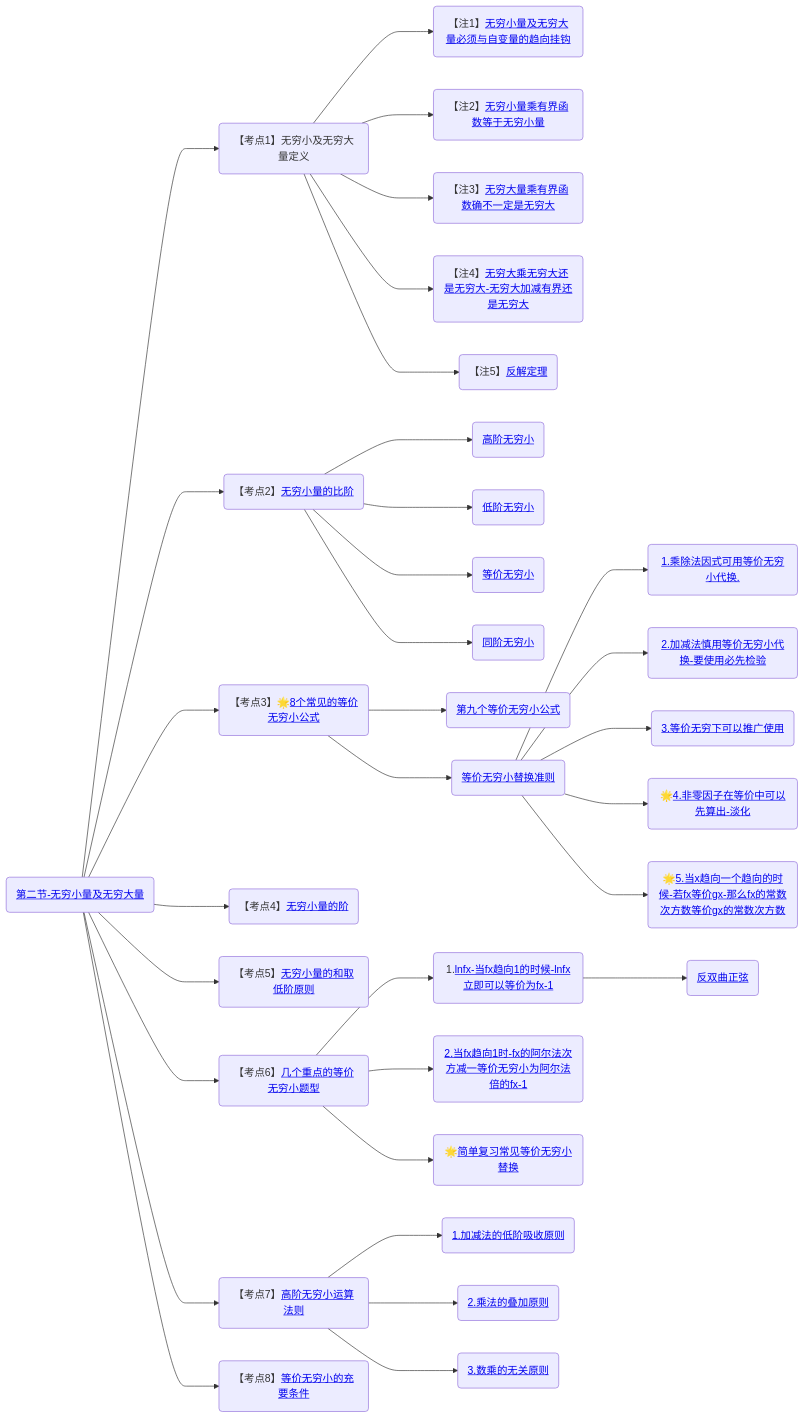
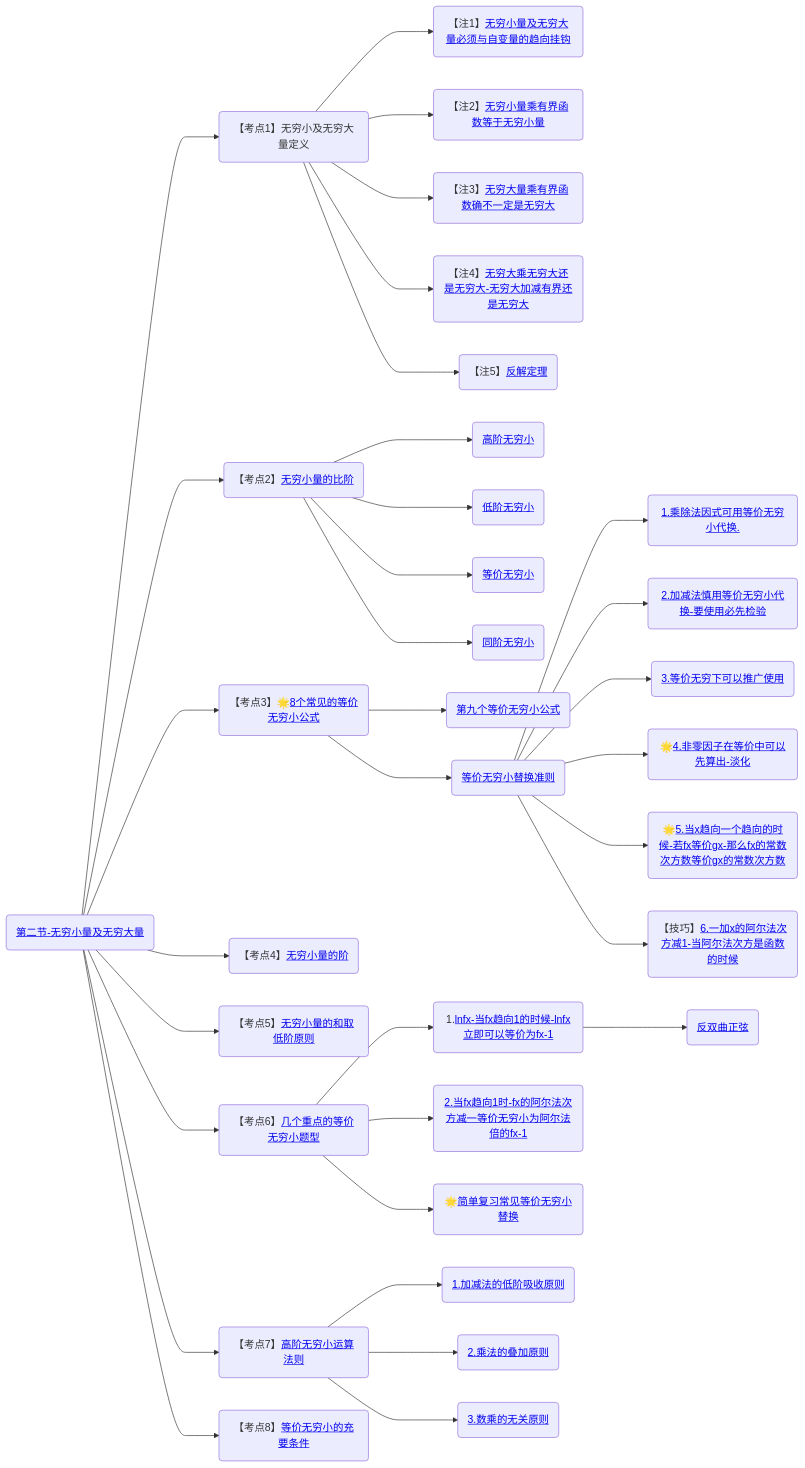
One commit to yuebinghui/note changed the second of 5 diagrams in 笔记/数学/周洋鑫/01.基础班思维导图.md. Above: the diagram before and after it, drawn with Mermaid. The commit also changed 4 other files, not shown here.

````diff
--- a/笔记/数学/周洋鑫/01.基础班思维导图.md
+++ b/笔记/数学/周洋鑫/01.基础班思维导图.md
@@ -41,47 +41,48 @@
 ```mermaid
 graph LR
 
 第二节-无穷小量及无穷大量(<a href="/Users/yuebinghui/Documents/program/github/note/笔记/数学/周洋鑫/基础班/02.无穷小量及无穷大量.md#第二节-无穷小量及无穷大量">第二节-无穷小量及无穷大量</>)
 
 第二节-无穷小量及无穷大量--->无穷小及无穷大量定义(【考点1】无穷小及无穷大量定义)
 
 无穷小及无穷大量定义--->无穷小量及无穷大量必须与自变量的趋向挂钩(【注1】<a href="/Users/yuebinghui/Documents/program/github/note/笔记/数学/周洋鑫/基础班/02.无穷小量及无穷大量.md#无穷小量及无穷大量必须与自变量的趋向挂钩">无穷小量及无穷大量必须与自变量的趋向挂钩</>)
 无穷小及无穷大量定义--->无穷小量乘有界函数等于无穷小量(【注2】<a href="/Users/yuebinghui/Documents/program/github/note/笔记/数学/周洋鑫/基础班/02.无穷小量及无穷大量.md#无穷小量乘有界函数等于无穷小量">无穷小量乘有界函数等于无穷小量</>)
 无穷小及无穷大量定义--->无穷大量乘有界函数确不一定是无穷大(【注3】<a href="/Users/yuebinghui/Documents/program/github/note/笔记/数学/周洋鑫/基础班/02.无穷小量及无穷大量.md#无穷大量乘有界函数确不一定是无穷大">无穷大量乘有界函数确不一定是无穷大</>)
 无穷小及无穷大量定义--->无穷大乘无穷大还是无穷大-无穷大加减有界还是无穷大(【注4】<a href="/Users/yuebinghui/Documents/program/github/note/笔记/数学/周洋鑫/基础班/02.无穷小量及无穷大量.md#无穷大乘无穷大还是无穷大-无穷大加减有界还是无穷大">无穷大乘无穷大还是无穷大-无穷大加减有界还是无穷大</>)
 无穷小及无穷大量定义--->反解定理(【注5】<a href="/Users/yuebinghui/Documents/program/github/note/笔记/数学/周洋鑫/基础班/02.无穷小量及无穷大量.md#反解定理">反解定理</>)
 
 第二节-无穷小量及无穷大量--->无穷小量的比阶(【考点2】<a href="/Users/yuebinghui/Documents/program/github/note/笔记/数学/周洋鑫/基础班/02.无穷小量及无穷大量.md#无穷小量的比阶">无穷小量的比阶</>)
 无穷小量的比阶--->高阶无穷小(<a href="/Users/yuebinghui/Documents/program/github/note/笔记/数学/周洋鑫/基础班/02.无穷小量及无穷大量.md#高阶无穷小">高阶无穷小</>)
 无穷小量的比阶--->低阶无穷小(<a href="/Users/yuebinghui/Documents/program/github/note/笔记/数学/周洋鑫/基础班/02.无穷小量及无穷大量.md#低阶无穷小">低阶无穷小</>)
 无穷小量的比阶--->等价无穷小(<a href="/Users/yuebinghui/Documents/program/github/note/笔记/数学/周洋鑫/基础班/02.无穷小量及无穷大量.md#等价无穷小">等价无穷小</>)
 无穷小量的比阶--->同阶无穷小(<a href="/Users/yuebinghui/Documents/program/github/note/笔记/数学/周洋鑫/基础班/02.无穷小量及无穷大量.md#同阶无穷小">同阶无穷小</>)
 
 第二节-无穷小量及无穷大量--->8个常见的等价无穷小公式(【考点3】🌟<a href="/Users/yuebinghui/Documents/program/github/note/笔记/数学/周洋鑫/基础班/02.无穷小量及无穷大量.md#8个常见的等价无穷小公式">8个常见的等价无穷小公式</>)
 8个常见的等价无穷小公式--->第九个等价无穷小公式(<a href="/Users/yuebinghui/Documents/program/github/note/笔记/数学/周洋鑫/基础班/02.无穷小量及无穷大量.md#第九个等价无穷小公式">第九个等价无穷小公式</>)
 8个常见的等价无穷小公式--->等价无穷小替换准则(<a href="/Users/yuebinghui/Documents/program/github/note/笔记/数学/周洋鑫/基础班/02.无穷小量及无穷大量.md#等价无穷小替换准则">等价无穷小替换准则</>)
 等价无穷小替换准则--->1.乘除法因式可用等价无穷小代换.(<a href="/Users/yuebinghui/Documents/program/github/note/笔记/数学/周洋鑫/基础班/02.无穷小量及无穷大量.md#1.乘除法因式可用等价无穷小代换.">1.乘除法因式可用等价无穷小代换.</>)
 等价无穷小替换准则--->2.加减法慎用等价无穷小代换-要使用必先检验(<a href="/Users/yuebinghui/Documents/program/github/note/笔记/数学/周洋鑫/基础班/02.无穷小量及无穷大量.md#2.加减法慎用等价无穷小代换-要使用必先检验">2.加减法慎用等价无穷小代换-要使用必先检验</>)
 等价无穷小替换准则--->3.等价无穷下可以推广使用(<a href="/Users/yuebinghui/Documents/program/github/note/笔记/数学/周洋鑫/基础班/02.无穷小量及无穷大量.md#3.等价无穷下可以推广使用">3.等价无穷下可以推广使用</>)
 等价无穷小替换准则--->4.非零因子在等价中可以先算出-淡化(🌟<a href="/Users/yuebinghui/Documents/program/github/note/笔记/数学/周洋鑫/基础班/02.无穷小量及无穷大量.md#4.非零因子在等价中可以先算出-淡化">4.非零因子在等价中可以先算出-淡化</>)
 等价无穷小替换准则--->5.当x趋向一个趋向的时候-若fx等价gx-那么fx的常数次方数等价gx的常数次方数(🌟<a href="/Users/yuebinghui/Documents/program/github/note/笔记/数学/周洋鑫/基础班/02.无穷小量及无穷大量.md#5.当x趋向一个趋向的时候-若fx等价gx-那么fx的常数次方数等价gx的常数次方数">5.当x趋向一个趋向的时候-若fx等价gx-那么fx的常数次方数等价gx的常数次方数</>)
+等价无穷小替换准则--->1加x的阿尔法次方减1-当阿尔法次方是函数的时候(【技巧】<a href="/Users/yuebinghui/Documents/program/github/note/笔记/数学/周洋鑫/基础班/02.无穷小量及无穷大量.md#1加x的阿尔法次方减1-当阿尔法次方是函数的时候">6.一加x的阿尔法次方减1-当阿尔法次方是函数的时候</>)
 
 
 第二节-无穷小量及无穷大量--->无穷小量的阶(【考点4】<a href="/Users/yuebinghui/Documents/program/github/note/笔记/数学/周洋鑫/基础班/02.无穷小量及无穷大量.md#无穷小量的阶">无穷小量的阶</>)
 
 第二节-无穷小量及无穷大量--->无穷小量的和取低阶原则(【考点5】<a href="/Users/yuebinghui/Documents/program/github/note/笔记/数学/周洋鑫/基础班/02.无穷小量及无穷大量.md#无穷小量的和取低阶原则">无穷小量的和取低阶原则</>)
 
 第二节-无穷小量及无穷大量--->几个重点的等价无穷小题型(【考点6】<a href="/Users/yuebinghui/Documents/program/github/note/笔记/数学/周洋鑫/基础班/02.无穷小量及无穷大量.md#几个重点的等价无穷小题型">几个重点的等价无穷小题型</>)
 几个重点的等价无穷小题型--->lnfx-当fx趋向1的时候-lnfx立即可以等价为fx-1(1.<a href="/Users/yuebinghui/Documents/program/github/note/笔记/数学/周洋鑫/基础班/02.无穷小量及无穷大量.md#lnfx-当fx趋向1的时候-lnfx立即可以等价为fx-1">lnfx-当fx趋向1的时候-lnfx立即可以等价为fx-1</>)
 lnfx-当fx趋向1的时候-lnfx立即可以等价为fx-1--->反双曲正弦(<a href="/Users/yuebinghui/Documents/program/github/note/笔记/数学/周洋鑫/基础班/02.无穷小量及无穷大量.md#反双曲正弦">反双曲正弦</>)
 几个重点的等价无穷小题型--->2.当fx趋向1时-fx的阿尔法次方减一等价无穷小为阿尔法倍的fx-1(<a href="/Users/yuebinghui/Documents/program/github/note/笔记/数学/周洋鑫/基础班/02.无穷小量及无穷大量.md#2.当fx趋向1时-fx的阿尔法次方减一等价无穷小为阿尔法倍的fx-1">2.当fx趋向1时-fx的阿尔法次方减一等价无穷小为阿尔法倍的fx-1</>)
 几个重点的等价无穷小题型--->简单复习常见等价无穷小替换(🌟<a href="/Users/yuebinghui/Documents/program/github/note/笔记/数学/周洋鑫/基础班/03.泰勒公式-洛必达法则.md#简单复习常见等价无穷小替换">简单复习常见等价无穷小替换</>)
 
 第二节-无穷小量及无穷大量--->高阶无穷小运算法则(【考点7】<a href="/Users/yuebinghui/Documents/program/github/note/笔记/数学/周洋鑫/基础班/03.泰勒公式-洛必达法则.md#高阶无穷小运算法则">高阶无穷小运算法则</>)
 高阶无穷小运算法则--->1.加减法的低阶吸收原则(<a href="/Users/yuebinghui/Documents/program/github/note/笔记/数学/周洋鑫/基础班/03.泰勒公式-洛必达法则.md#1.加减法的低阶吸收原则">1.加减法的低阶吸收原则</>)
 高阶无穷小运算法则--->2.乘法的叠加原则(<a href="/Users/yuebinghui/Documents/program/github/note/笔记/数学/周洋鑫/基础班/03.泰勒公式-洛必达法则.md#2.乘法的叠加原则">2.乘法的叠加原则</>)
 高阶无穷小运算法则--->3.数乘的无关原则(<a href="/Users/yuebinghui/Documents/program/github/note/笔记/数学/周洋鑫/基础班/03.泰勒公式-洛必达法则.md#3.数乘的无关原则">3.数乘的无关原则</>)
 
 第二节-无穷小量及无穷大量--->等价无穷小的充要条件(【考点8】<a href="/Users/yuebinghui/Documents/program/github/note/笔记/数学/周洋鑫/基础班/03.泰勒公式-洛必达法则.md#等价无穷小的充要条件">等价无穷小的充要条件</>)
 
 ```
````
